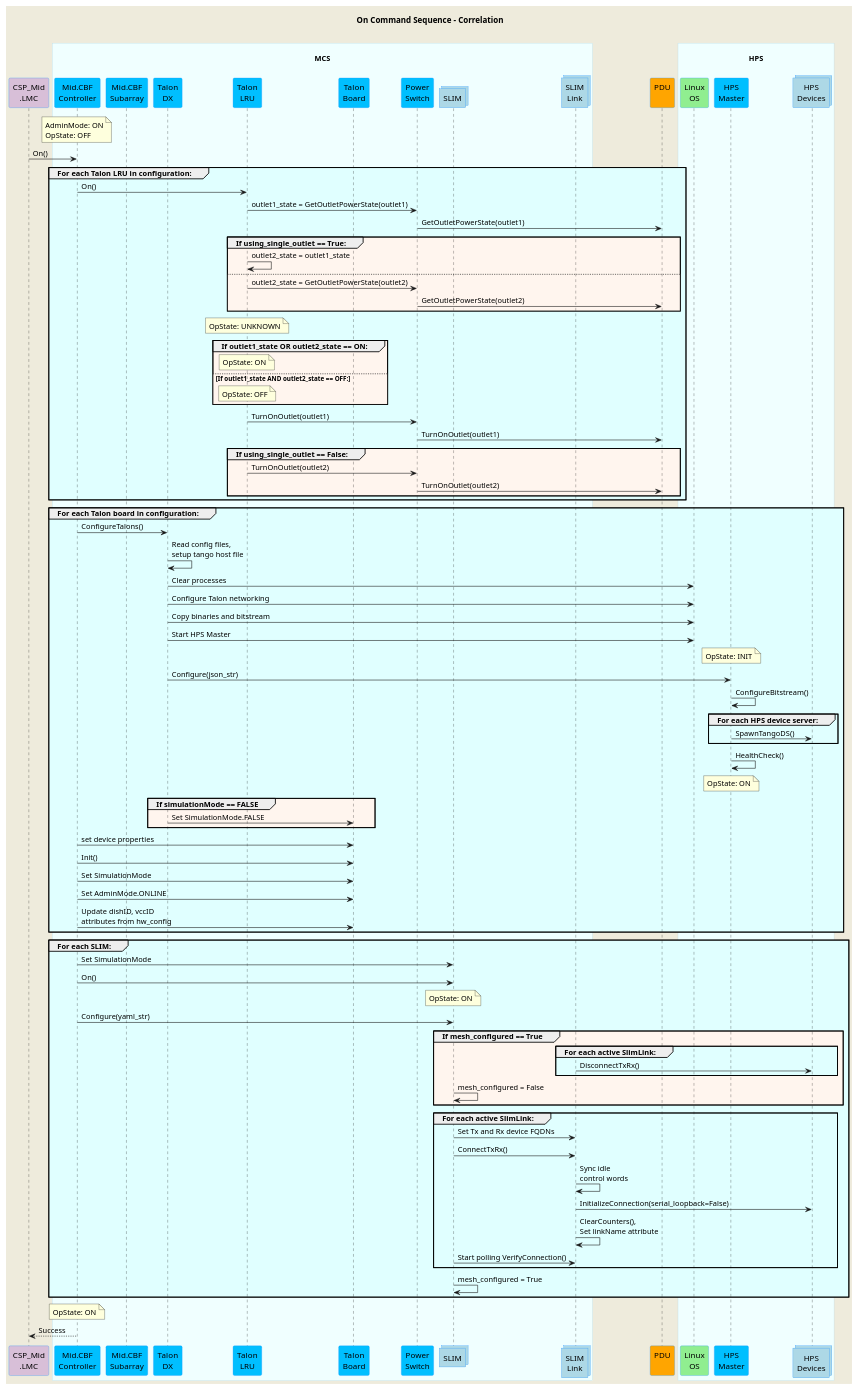
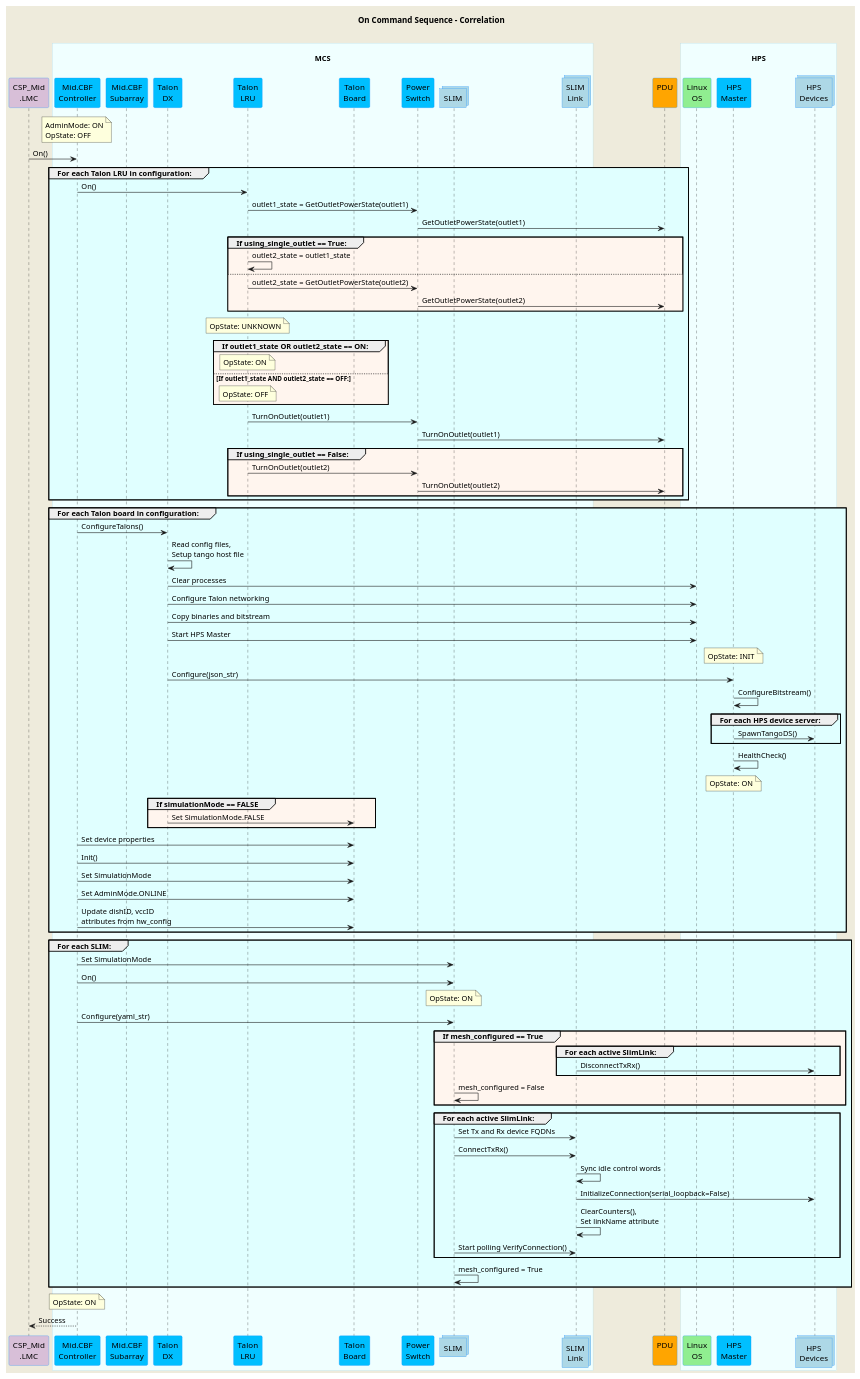
The diagram in docs/src/diagrams/on-command-sequence.puml (ska-telescope/mid-cbf-mcs), drawn with PlantUML before and after one commit. The commit also changed 9 other files, not shown here.

```diff
--- a/docs/src/diagrams/on-command-sequence.puml
+++ b/docs/src/diagrams/on-command-sequence.puml
@@ -1,121 +1,121 @@
 @startuml
 'https://plantuml.com/sequence-diagram
 skinparam backgroundColor #EEEBDC
 skinparam sequence {
 ParticipantBorderColor DodgerBlue
 ParticipantBackgroundColor DeepSkyBlue
 ActorBorderColor DarkGreen
 ActorBackgroundColor Green
 BoxBorderColor LightBlue
 BoxBackgroundColor #F0FFFF
 }
 skinparam collections {
   BackGroundColor LightBlue
   BorderColor DodgerBlue
 }
 skinparam database {
   BackgroundColor LightGreen
   BorderColor DarkGreen
 }
 title On Command Sequence - Correlation\n
 participant "CSP_Mid\n.LMC" as lmc #Thistle
 box "\nMCS\n"
   participant "Mid.CBF\nController" as controller
   participant "Mid.CBF\nSubarray" as subarray
   participant "Talon\nDX" as tdx
   participant "Talon\nLRU" as lru
   participant "Talon\nBoard" as talon_board
   participant "Power\nSwitch" as ps
   collections "SLIM" as slim
   collections "SLIM\nLink" as slimlink
 end box
 participant "PDU\n" as pdu #Orange
 box "\nHPS\n"
   participant "Linux\nOS" as os #LightGreen
   participant "HPS\nMaster" as hpsmaster
   collections "HPS\nDevices" as hpsdevices
 end box
 
 note over controller            : AdminMode: ON\nOpState: OFF
 lmc -> controller               : On()
 
 group #LightCyan For each Talon LRU in configuration:
   controller    ->  lru         : On()
   lru           ->  ps      : outlet1_state = GetOutletPowerState(outlet1)
   ps            ->  pdu         : GetOutletPowerState(outlet1)
   group #SeaShell If using_single_outlet == True:
     lru         ->  lru         : outlet2_state = outlet1_state
     else
     lru         ->  ps          : outlet2_state = GetOutletPowerState(outlet2)
     ps          ->  pdu         : GetOutletPowerState(outlet2)
   end group
 
   note over lru                 : OpState: UNKNOWN
   group #SeaShell If outlet1_state OR outlet2_state == ON:
     note over lru               : OpState: ON
   else If outlet1_state AND outlet2_state == OFF:
     note over lru               : OpState: OFF
   end group
 
   lru           ->  ps          : TurnOnOutlet(outlet1)
   ps            ->  pdu         : TurnOnOutlet(outlet1)
   group #SeaShell If using_single_outlet == False:
     lru         ->  ps          : TurnOnOutlet(outlet2)
     ps          ->  pdu         : TurnOnOutlet(outlet2)
   end group
 end group
 
 group #LightCyan For each Talon board in configuration:
   controller    ->  tdx         : ConfigureTalons()
-  tdx           ->  tdx         : Read config files,\nsetup tango host file
+  tdx           ->  tdx         : Read config files,\nSetup tango host file
   tdx           ->  os          : Clear processes
   tdx           ->  os          : Configure Talon networking
   tdx           ->  os          : Copy binaries and bitstream
   tdx           ->  os          : Start HPS Master
   note over hpsmaster           : OpState: INIT
   tdx           ->  hpsmaster   : Configure(json_str)
   hpsmaster     ->  hpsmaster   : ConfigureBitstream()
   group #LightCyan For each HPS device server:
     hpsmaster  -> hpsdevices    : SpawnTangoDS()
   end group
   hpsmaster     ->  hpsmaster   : HealthCheck()
   note over hpsmaster           : OpState: ON
   group #SeaShell If simulationMode == FALSE
     tdx         ->  talon_board : Set SimulationMode.FALSE
   end group
 
-  controller    ->  talon_board : set device properties
+  controller    ->  talon_board : Set device properties
   controller    ->  talon_board : Init()
   controller    ->  talon_board : Set SimulationMode
   controller    ->  talon_board : Set AdminMode.ONLINE
   controller    ->  talon_board : Update dishID, vccID\nattributes from hw_config
 end group
 
 group #LightCyan For each SLIM:
   controller      ->  slim     : Set SimulationMode
   controller      ->  slim     : On()
   note over slim               : OpState: ON
   controller      ->  slim     : Configure(yaml_str)
   group #SeaShell If mesh_configured == True
     group #LightCyan For each active SlimLink:
       slimlink  -> hpsdevices     : DisconnectTxRx()
     end group
     slim     ->  slim       : mesh_configured = False
   end group
 
   group #LightCyan For each active SlimLink:
       slim   ->  slimlink      : Set Tx and Rx device FQDNs
       slim   ->  slimlink      : ConnectTxRx()
-      slimlink  ->  slimlink      : Sync idle\ncontrol words
+      slimlink  ->  slimlink      : Sync idle control words
       slimlink  ->  hpsdevices    : InitializeConnection(serial_loopback=False)
       slimlink  ->  slimlink      : ClearCounters(),\nSet linkName attribute
       slim   ->  slimlink      : Start polling VerifyConnection()
     end group
   slim       ->  slim       : mesh_configured = True
 end group
 
 note over controller            : OpState: ON
 
 lmc          <--  controller    : Success
 
 @enduml
```
